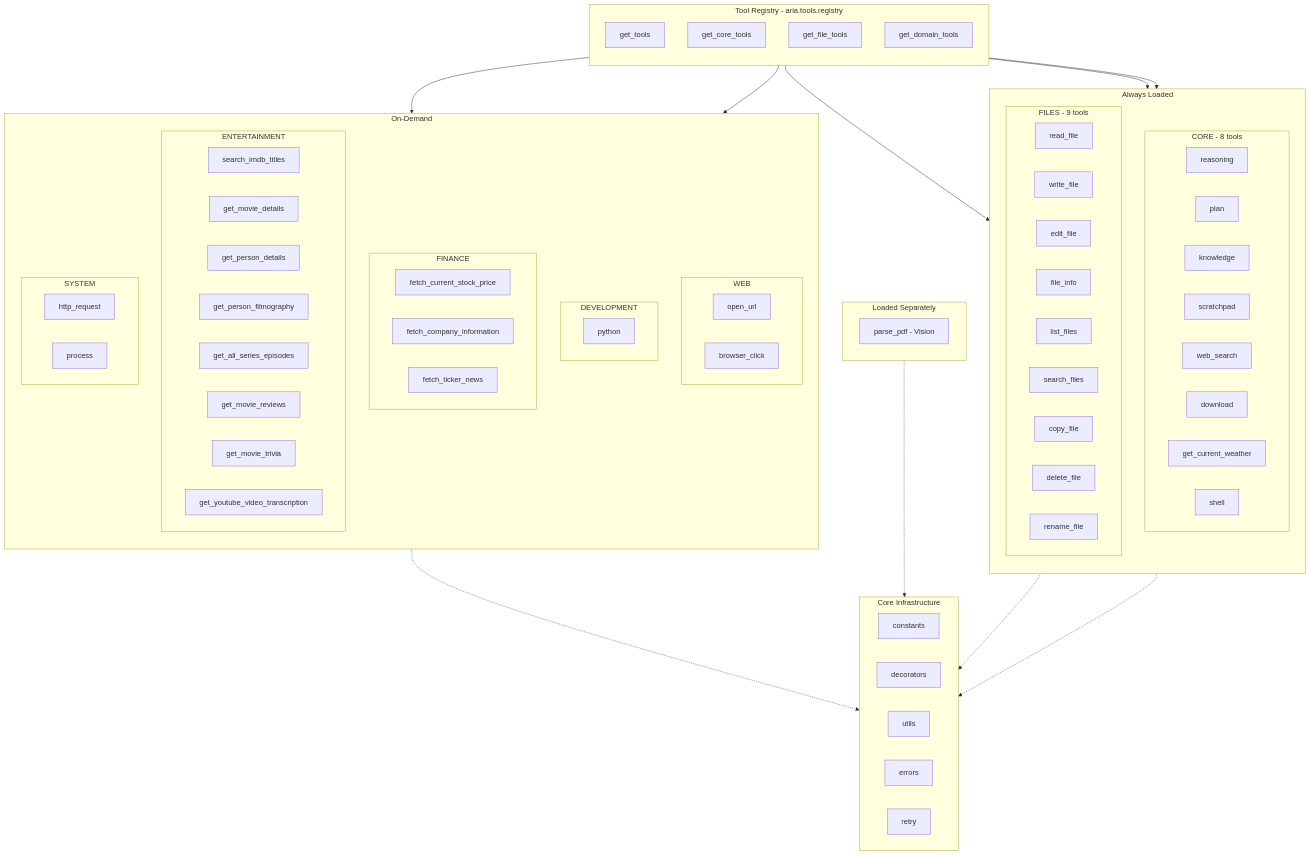
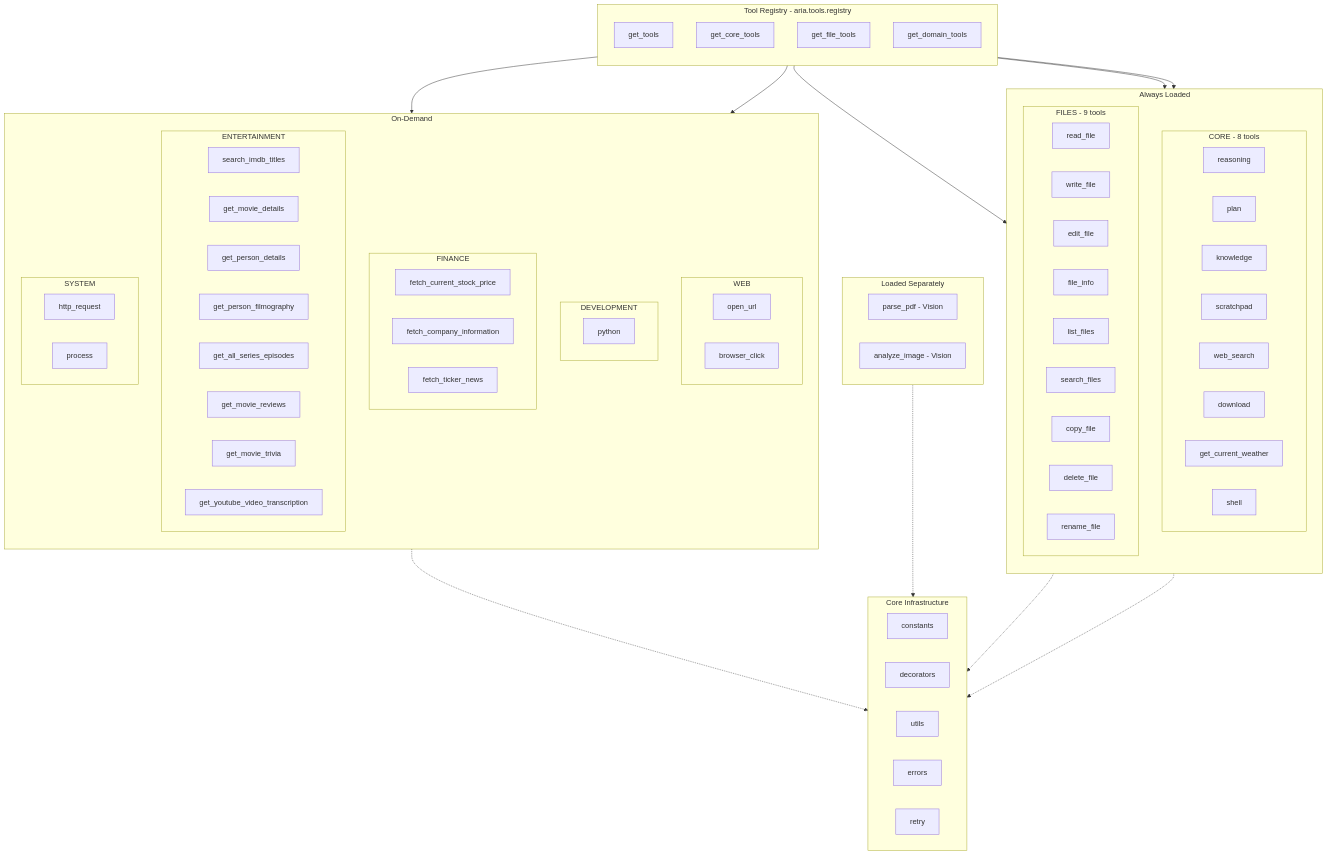
Before and after one commit to malvavisc0/aria: the diagram in docs/tools-inventory.md, drawn with Mermaid. The commit also changed other lines of this file and 11 other files, not shown here.

```diff
--- a/docs/tools-inventory.md
+++ b/docs/tools-inventory.md
@@ -840,6 +866,7 @@
 
     subgraph Sep[Loaded Separately]
         parse_pdf_tool[parse_pdf - Vision]
+        analyze_image_tool[analyze_image - Vision]
     end
 
     subgraph Infra[Core Infrastructure]
```
